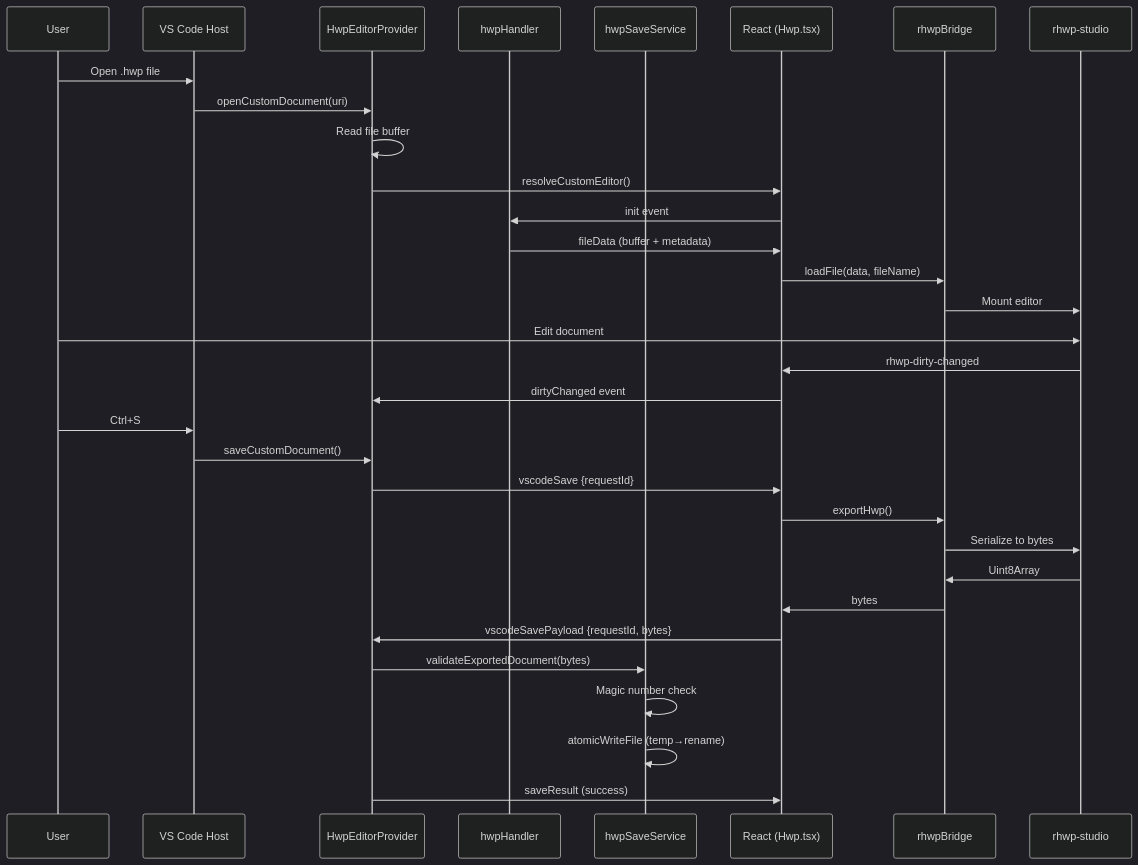
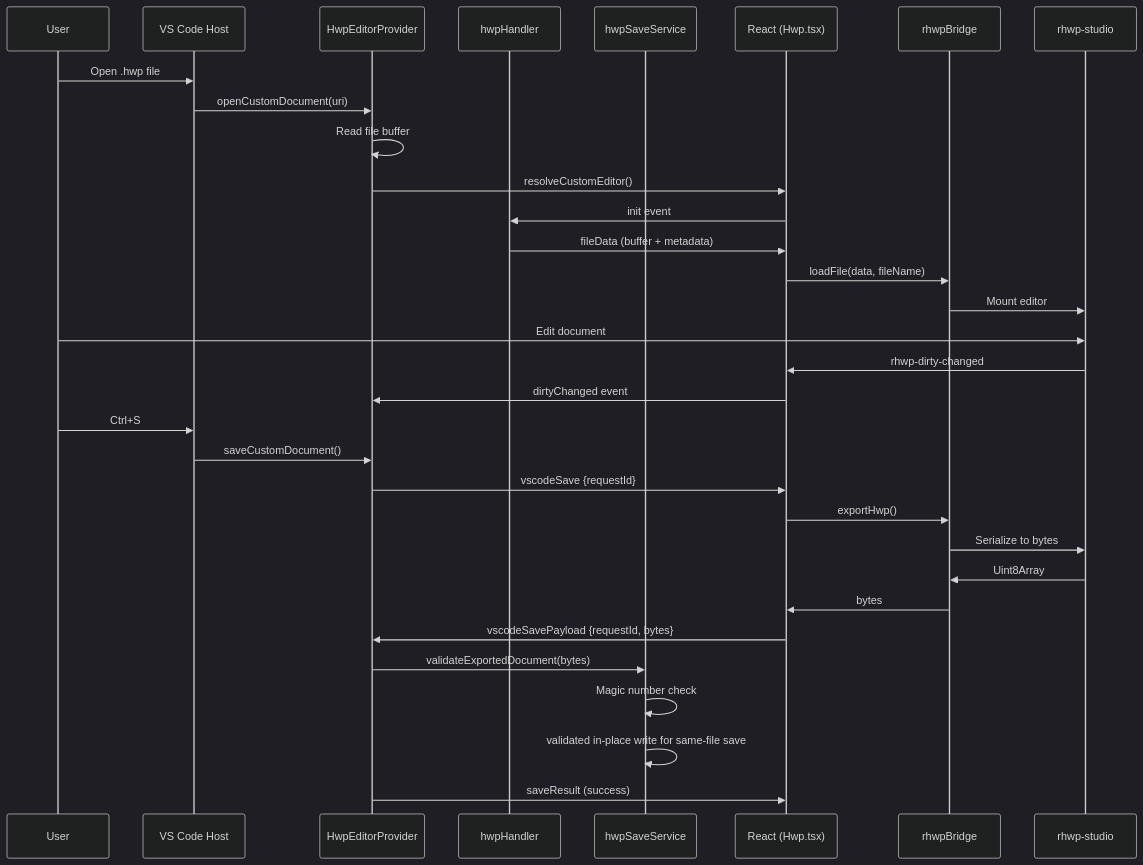
The diagram in structure/03-hwp-subsystem.md (lidge-jun/code-office), drawn with Mermaid (dark theme) before and after one commit. The commit also changed other lines of this file and 44 other files, not shown here.

````diff
--- a/structure/03-hwp-subsystem.md
+++ b/structure/03-hwp-subsystem.md
@@ -18,37 +18,37 @@
 ```mermaid
 sequenceDiagram
     participant User
     participant VSCode as VS Code Host
     participant Provider as HwpEditorProvider
     participant Handler as hwpHandler
     participant Save as hwpSaveService
     participant WebView as React (Hwp.tsx)
     participant Bridge as rhwpBridge
     participant WASM as rhwp-studio
 
     User->>VSCode: Open .hwp file
     VSCode->>Provider: openCustomDocument(uri)
     Provider->>Provider: Read file buffer
     Provider->>WebView: resolveCustomEditor()
     WebView->>Handler: init event
     Handler->>WebView: fileData (buffer + metadata)
     WebView->>Bridge: loadFile(data, fileName)
     Bridge->>WASM: Mount editor
 
     User->>WASM: Edit document
     WASM->>WebView: rhwp-dirty-changed
     WebView->>Provider: dirtyChanged event
 
     User->>VSCode: Ctrl+S
     VSCode->>Provider: saveCustomDocument()
     Provider->>WebView: vscodeSave {requestId}
     WebView->>Bridge: exportHwp()
     Bridge->>WASM: Serialize to bytes
     WASM->>Bridge: Uint8Array
     Bridge->>WebView: bytes
     WebView->>Provider: vscodeSavePayload {requestId, bytes}
     Provider->>Save: validateExportedDocument(bytes)
     Save->>Save: Magic number check
-    Save->>Save: atomicWriteFile (temp→rename)
+    Save->>Save: validated in-place write for same-file save
     Provider->>WebView: saveResult (success)
 ```
````
